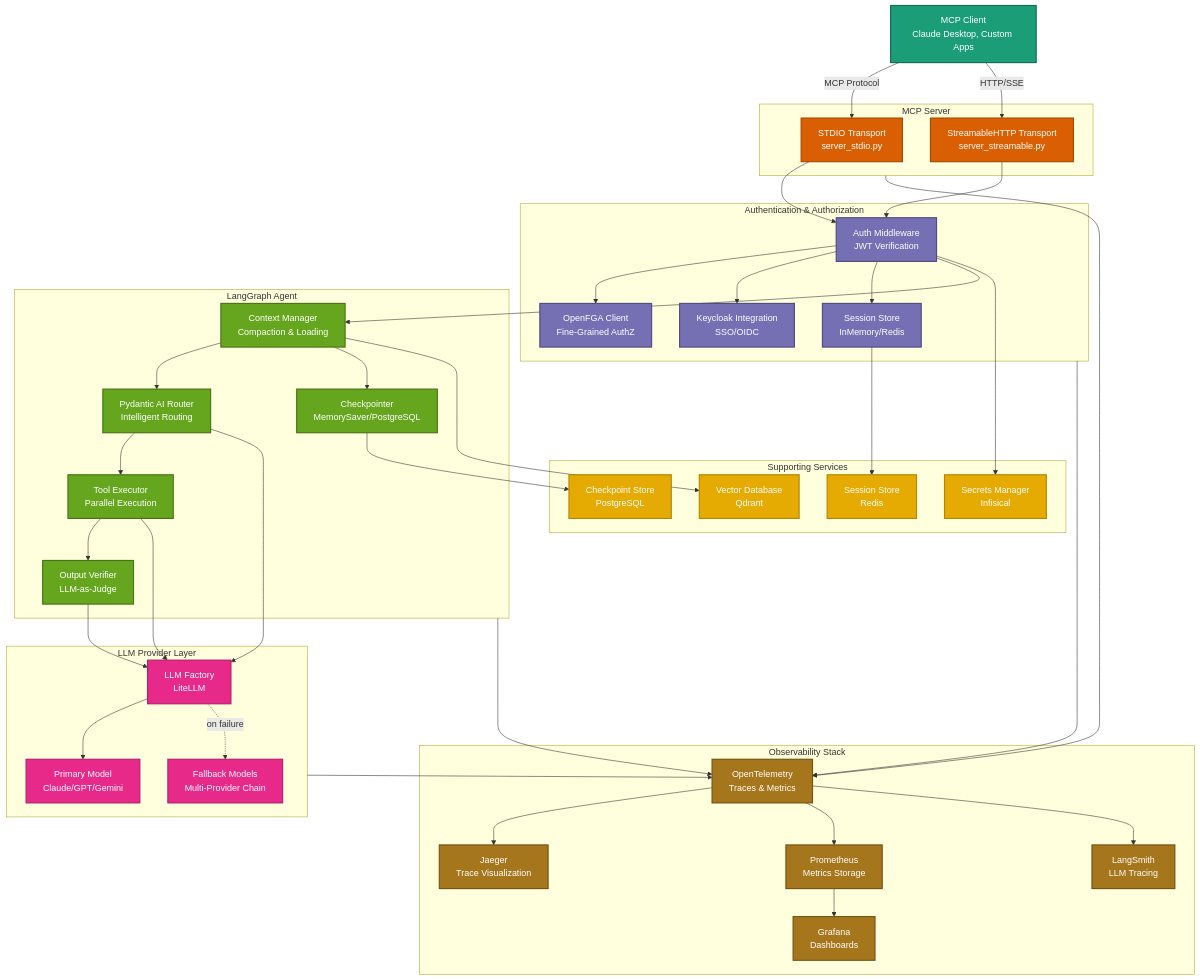
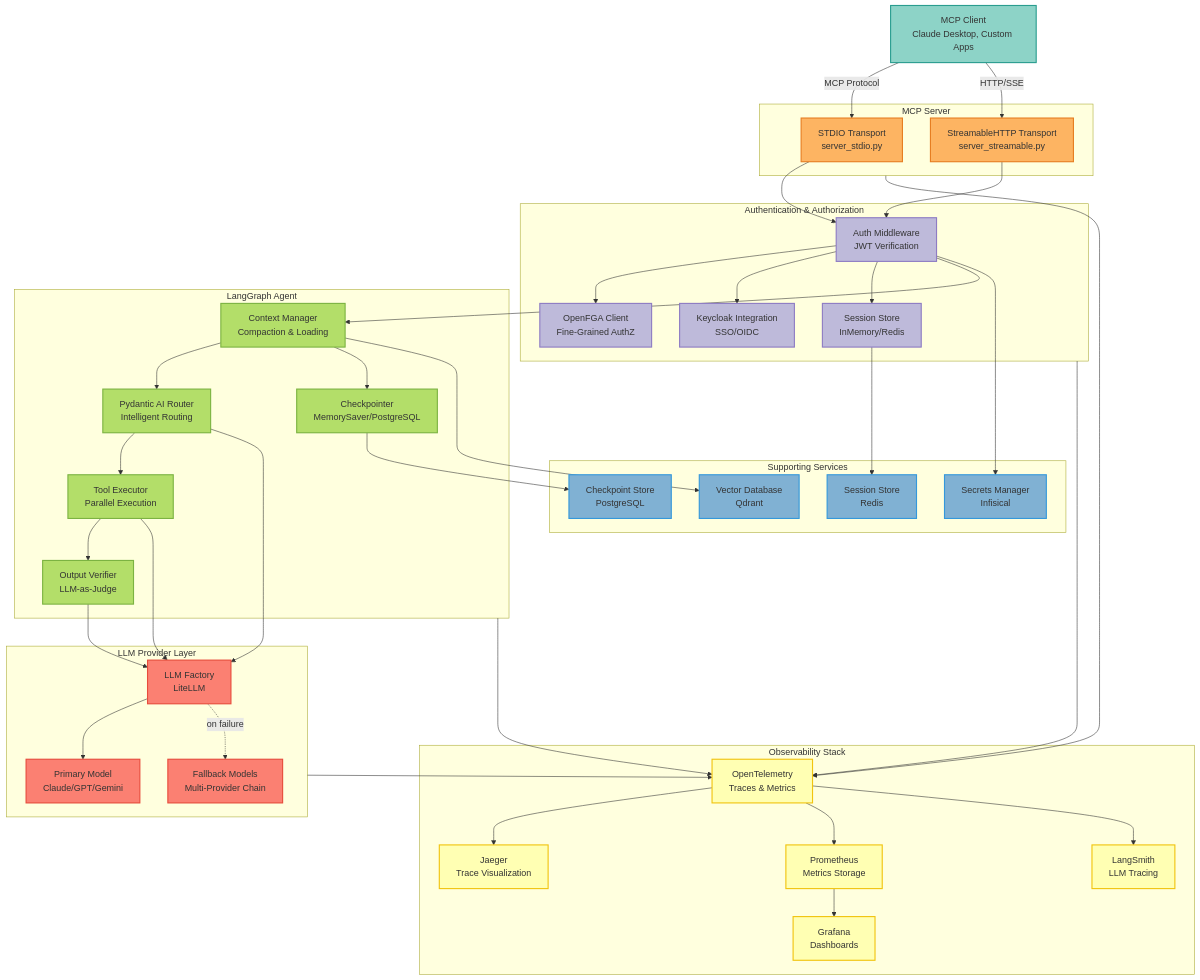
One commit to vishnu2kmohan/mcp-server-langgraph changed the first of 10 diagrams in docs/diagrams/system-architecture.mdx. Above: the diagram before and after it, drawn with Mermaid. The commit also changed other lines of this file and 11 other files, not shown here.

First line of the commit message:
style: migrate all diagrams from Dark2 to Set3 ColorBrewer2 palette

```diff
--- a/docs/diagrams/system-architecture.mdx
+++ b/docs/diagrams/system-architecture.mdx
@@ -93,14 +93,14 @@
     OTEL --> LangSmith
     Prometheus --> Grafana
 
-    %% Styling (ColorBrewer2 Dark2 palette - dark mode friendly)
-    classDef client fill:#1b9e77,stroke:#116b52,stroke-width:2px,color:#fff
-    classDef server fill:#d95f02,stroke:#a64801,stroke-width:2px,color:#fff
-    classDef auth fill:#7570b3,stroke:#4e4a7f,stroke-width:2px,color:#fff
-    classDef agent fill:#66a61e,stroke:#477315,stroke-width:2px,color:#fff
-    classDef llm fill:#e7298a,stroke:#b31e6d,stroke-width:2px,color:#fff
-    classDef services fill:#e6ab02,stroke:#b38501,stroke-width:2px,color:#fff
-    classDef obs fill:#a6761d,stroke:#735214,stroke-width:2px,color:#fff
+    %% Styling (ColorBrewer2 Set3 palette)
+    classDef client fill:#8dd3c7,stroke:#2a9d8f,stroke-width:2px,color:#333
+    classDef server fill:#fdb462,stroke:#e67e22,stroke-width:2px,color:#333
+    classDef auth fill:#bebada,stroke:#8e7cc3,stroke-width:2px,color:#333
+    classDef agent fill:#b3de69,stroke:#7cb342,stroke-width:2px,color:#333
+    classDef llm fill:#fb8072,stroke:#e74c3c,stroke-width:2px,color:#333
+    classDef services fill:#80b1d3,stroke:#3498db,stroke-width:2px,color:#333
+    classDef obs fill:#ffffb3,stroke:#f1c40f,stroke-width:2px,color:#333
 
     class Client client
     class STDIO,HTTP server
```
